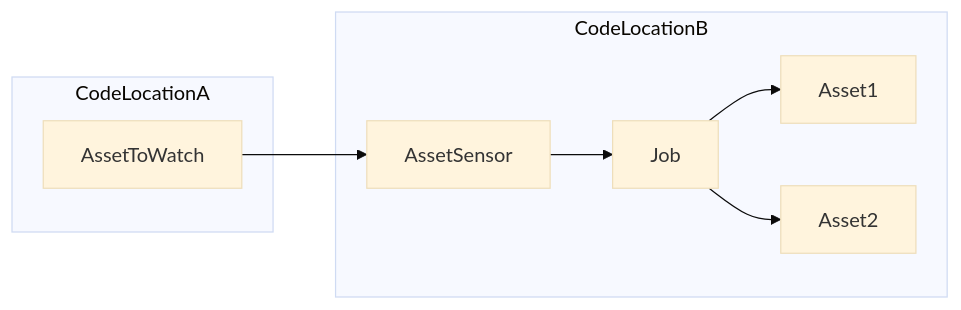
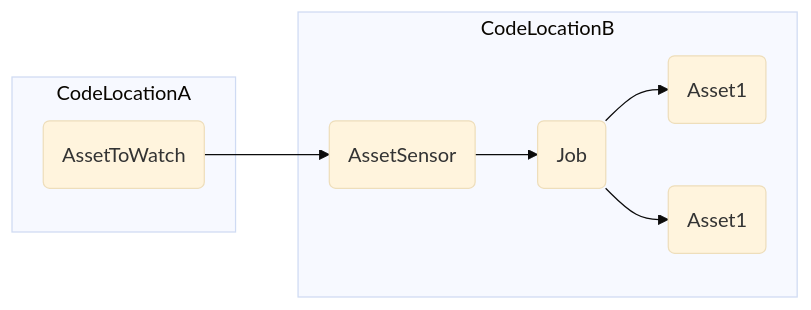
Before and after one commit to dagster-io/dagster: the first of 2 diagrams in docs/docs-beta/docs/guides/asset-sensors.md, drawn with Mermaid (base theme). The commit also changed other lines of this file and 3 other files, not shown here.

````diff
--- a/docs/docs-beta/docs/guides/asset-sensors.md
+++ b/docs/docs-beta/docs/guides/asset-sensors.md
@@ -22,19 +25,19 @@
 ```mermaid
 graph LR;
 
-AssetToWatch --> AssetSensor;
-AssetSensor --> Job;
-Job --> Asset1;
-Job --> Asset2;
+AssetToWatch(AssetToWatch) --> AssetSensor(AssetSensor);
+AssetSensor--> Job(Job);
+Job --> Asset1(Asset1);
+Job --> Asset2(Asset1);
 
 subgraph CodeLocationA
     AssetToWatch
 end
 
 subgraph CodeLocationB
     AssetSensor
     Job
     Asset1
     Asset2
 end
 ```
````
